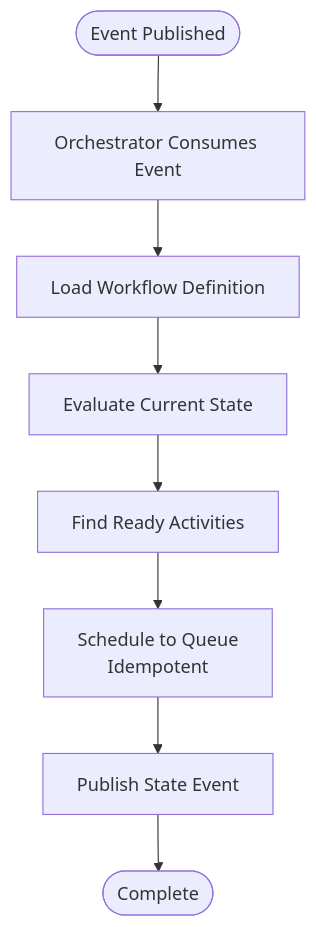
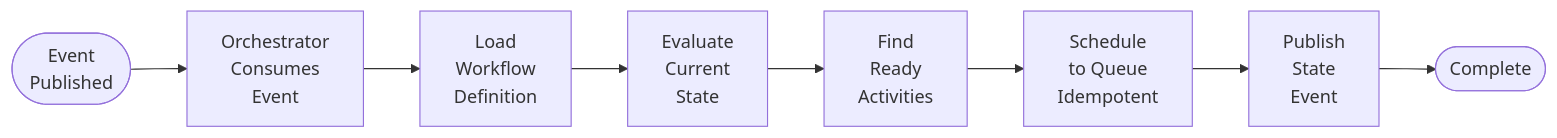
The diagram in docs/implementation/US-1.2-event-driven-scheduling.md (kruxia/kruxiaflow), drawn with Mermaid before and after one commit. The commit also changed other lines of this file and 1 other file, not shown here.

````diff
--- a/docs/implementation/US-1.2-event-driven-scheduling.md
+++ b/docs/implementation/US-1.2-event-driven-scheduling.md
@@ -42,10 +42,10 @@
 ```mermaid
-flowchart TD
-    Start([Event Published]) --> Consume[Orchestrator Consumes Event]
-    Consume --> Load[Load Workflow Definition]
-    Load --> Eval[Evaluate Current State]
-    Eval --> Find[Find Ready Activities]
-    Find --> Schedule[Schedule to Queue<br/>Idempotent]
-    Schedule --> Publish[Publish State Event]
+flowchart LR
+    Start([Event<br/>Published]) --> Consume[Orchestrator<br/>Consumes<br/>Event]
+    Consume --> Load[Load<br/>Workflow<br/>Definition]
+    Load --> Eval[Evaluate<br/>Current<br/>State]
+    Eval --> Find[Find<br/>Ready<br/>Activities]
+    Find --> Schedule[Schedule<br/>to Queue<br/>Idempotent]
+    Schedule --> Publish[Publish<br/>State<br/>Event]
     Publish --> End([Complete])
 ```
````
